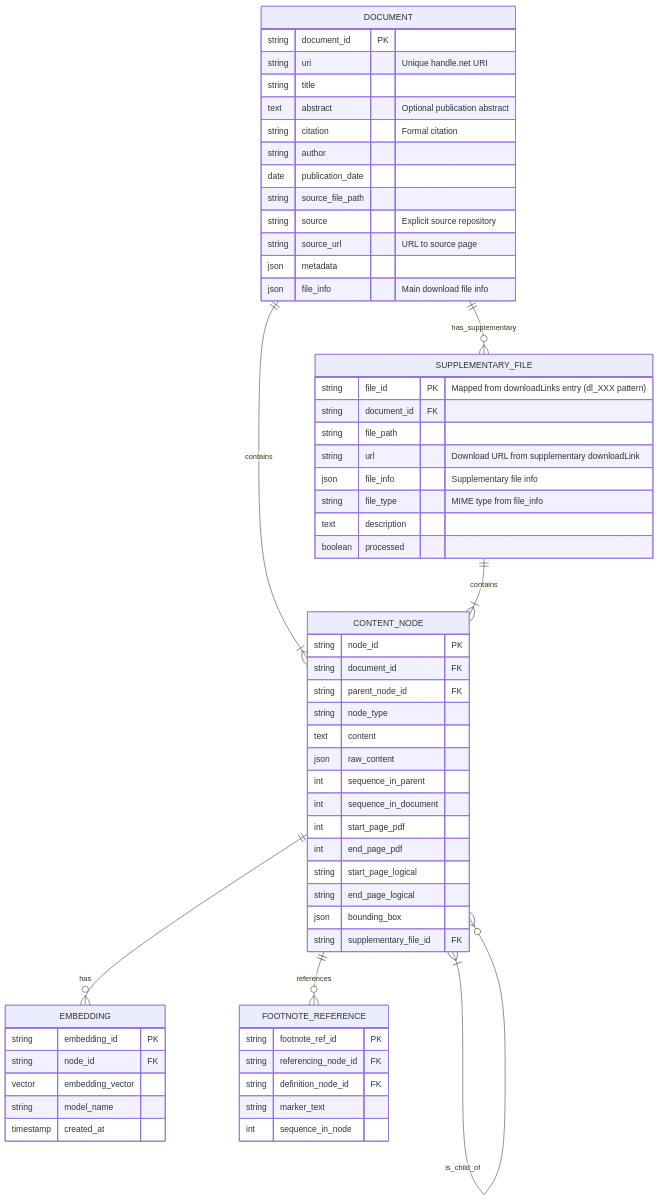
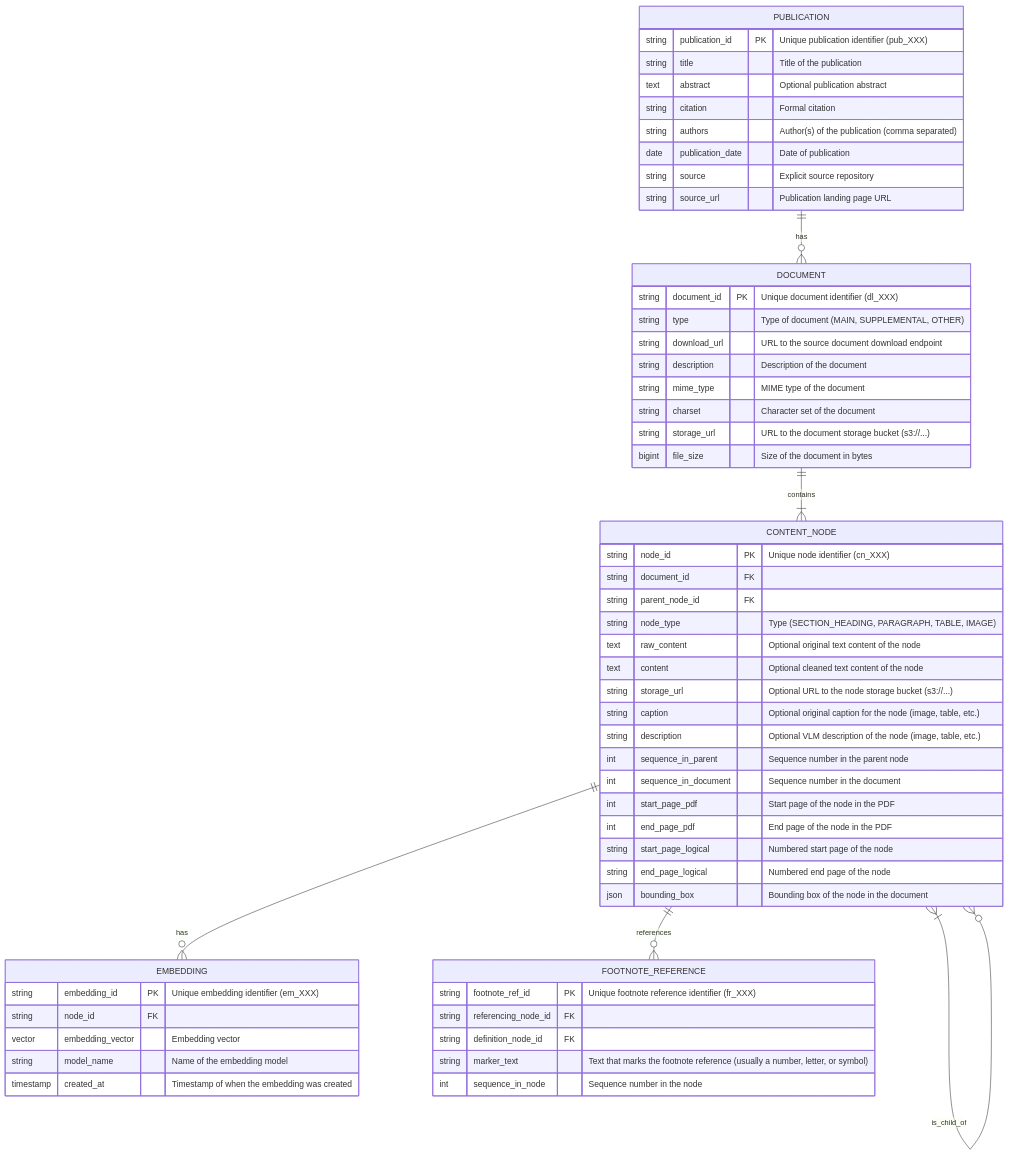
Before and after one commit to Teal-Insights/ccdr-extraction-workflow: the second of 2 diagrams in README.md, drawn with Mermaid. The commit also changed other lines of this file and 1 other file, not shown here.

Commit message:
Final database schema and architecture diagram

````diff
--- a/README.md
+++ b/README.md
@@ -46,75 +52,71 @@
 ```mermaid
 erDiagram
     %% Relationship lines
+    PUBLICATION ||--o{ DOCUMENT : has
     DOCUMENT ||--|{ CONTENT_NODE : contains
-    DOCUMENT ||--o{ SUPPLEMENTARY_FILE : has_supplementary
-    SUPPLEMENTARY_FILE ||--|{ CONTENT_NODE : contains
     CONTENT_NODE }|--o{ CONTENT_NODE : is_child_of
     CONTENT_NODE ||--o{ EMBEDDING : has
     CONTENT_NODE ||--o{ FOOTNOTE_REFERENCE : references
     
+    %% Entity: PUBLICATION
+    PUBLICATION {
+        string publication_id PK "Unique publication identifier (pub_XXX)"
+        string title "Title of the publication"
+        text abstract "Optional publication abstract"
+        string citation "Formal citation"
+        string authors "Author(s) of the publication (comma separated)"
+        date publication_date "Date of publication"
+        string source "Explicit source repository"
+        string source_url "Publication landing page URL"
+    }
+
     %% ENTITY: DOCUMENT
     DOCUMENT {
-        string document_id PK
-        string uri "Unique handle.net URI"
-        string title
-        text abstract "Optional publication abstract"
-        string citation "Formal citation"
-        string author
-        date publication_date
-        string source_file_path
-        string source "Explicit source repository"
-        string source_url "URL to source page"
-        json metadata
-        json file_info "Main download file info"
+        string document_id PK "Unique document identifier (dl_XXX)"
+        string type "Type of document (MAIN, SUPPLEMENTAL, OTHER)"
+        string download_url "URL to the source document download endpoint"
+        string description "Description of the document"
+        string mime_type "MIME type of the document"
+        string charset "Character set of the document"
+        string storage_url "URL to the document storage bucket (s3://...)"
+        bigint file_size "Size of the document in bytes"
     }
-    
+
     %% ENTITY: CONTENT_NODE
-    %% node_type can be SECTION_HEADING, PARAGRAPH, TABLE, IMAGE, etc.
     CONTENT_NODE {
-        string node_id PK
+        string node_id PK "Unique node identifier (cn_XXX)"
         string document_id FK
         string parent_node_id FK
-        string node_type
-        text content
-        json raw_content
-        int sequence_in_parent
-        int sequence_in_document
-        int start_page_pdf
-        int end_page_pdf
-        string start_page_logical
-        string end_page_logical
-        json bounding_box
-        string supplementary_file_id FK
-    }
-    
-    %% ENTITY: SUPPLEMENTARY_FILE
-    SUPPLEMENTARY_FILE {
-        string file_id PK "Mapped from downloadLinks entry (dl_XXX pattern)"
-        string document_id FK
-        string file_path
-        string url "Download URL from supplementary downloadLink"
-        json file_info "Supplementary file info"
-        string file_type "MIME type from file_info"
-        text description
-        boolean processed
+        string node_type "Type (SECTION_HEADING, PARAGRAPH, TABLE, IMAGE)"
+        text raw_content "Optional original text content of the node"
+        text content "Optional cleaned text content of the node"
+        string storage_url "Optional URL to the node storage bucket (s3://...)"
+        string caption "Optional original caption for the node (image, table, etc.)"
+        string description "Optional VLM description of the node (image, table, etc.)"
+        int sequence_in_parent "Sequence number in the parent node"
+        int sequence_in_document "Sequence number in the document"
+        int start_page_pdf "Start page of the node in the PDF"
+        int end_page_pdf "End page of the node in the PDF"
+        string start_page_logical "Numbered start page of the node"
+        string end_page_logical "Numbered end page of the node"
+        json bounding_box "Bounding box of the node in the document"
     }
     
     %% ENTITY: EMBEDDING
     EMBEDDING {
-        string embedding_id PK
+        string embedding_id PK "Unique embedding identifier (em_XXX)"
         string node_id FK
-        vector embedding_vector
-        string model_name
-        timestamp created_at
+        vector embedding_vector "Embedding vector"
+        string model_name "Name of the embedding model"
+        timestamp created_at "Timestamp of when the embedding was created"
     }
     
     %% ENTITY: FOOTNOTE_REFERENCE
     FOOTNOTE_REFERENCE {
-        string footnote_ref_id PK
+        string footnote_ref_id PK "Unique footnote reference identifier (fr_XXX)"
         string referencing_node_id FK
         string definition_node_id FK
-        string marker_text
-        int sequence_in_node
+        string marker_text "Text that marks the footnote reference (usually a number, letter, or symbol)"
+        int sequence_in_node "Sequence number in the node"
     }
 ```
````
